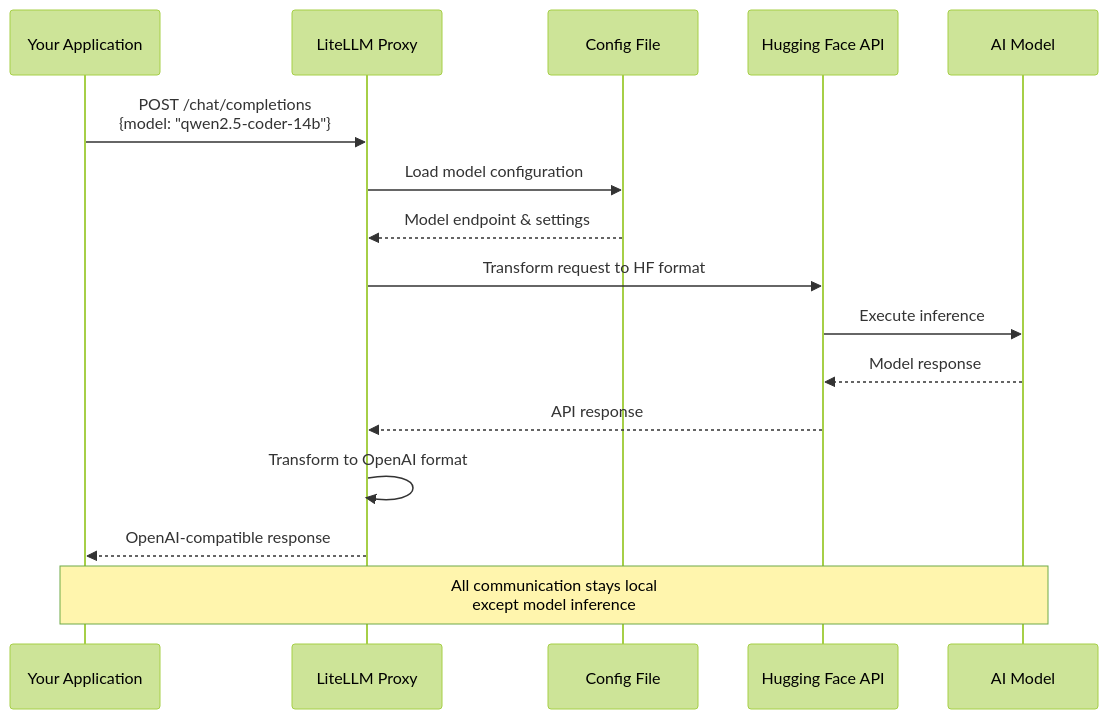
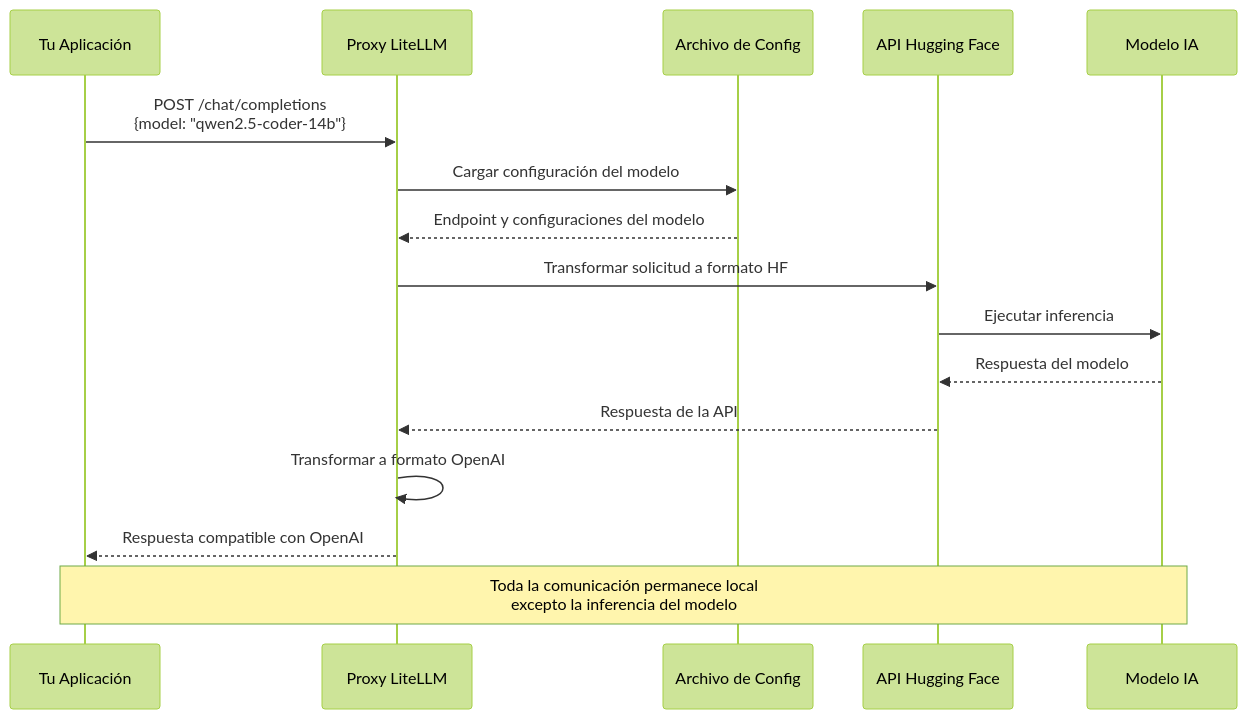
One commit to Humanly-Studios/blogs changed the second of 2 diagrams in content/es/posts/litellm-local-set-up.md. Above: the diagram before and after it, drawn with Mermaid (forest theme). The commit also changed other lines of this file and 1 other file, not shown here.

Commit message:
- fix link and translation 	modified:   content/en/posts/litellm-local-set-up.md 	modified:   content/es/posts/litellm-local-set-up.md

````diff
--- a/content/es/posts/litellm-local-set-up.md
+++ b/content/es/posts/litellm-local-set-up.md
@@ -117,20 +117,20 @@
 ```mermaid
 sequenceDiagram
-    participant App as Your Application
-    participant Proxy as LiteLLM Proxy
-    participant Config as Config File
-    participant HF as Hugging Face API
-    participant Model as AI Model
+    participant App as Tu Aplicación
+    participant Proxy as Proxy LiteLLM
+    participant Config as Archivo de Config
+    participant HF as API Hugging Face
+    participant Model as Modelo IA
     
     App->>Proxy: POST /chat/completions<br/>{model: "qwen2.5-coder-14b"}
-    Proxy->>Config: Load model configuration
-    Config-->>Proxy: Model endpoint & settings
-    Proxy->>HF: Transform request to HF format
-    HF->>Model: Execute inference
-    Model-->>HF: Model response
-    HF-->>Proxy: API response
-    Proxy->>Proxy: Transform to OpenAI format
-    Proxy-->>App: OpenAI-compatible response
+    Proxy->>Config: Cargar configuración del modelo
+    Config-->>Proxy: Endpoint y configuraciones del modelo
+    Proxy->>HF: Transformar solicitud a formato HF
+    HF->>Model: Ejecutar inferencia
+    Model-->>HF: Respuesta del modelo
+    HF-->>Proxy: Respuesta de la API
+    Proxy->>Proxy: Transformar a formato OpenAI
+    Proxy-->>App: Respuesta compatible con OpenAI
     
-    Note over App,Model: All communication stays local<br/>except model inference
+    Note over App,Model: Toda la comunicación permanece local<br/>excepto la inferencia del modelo
 ```
````
